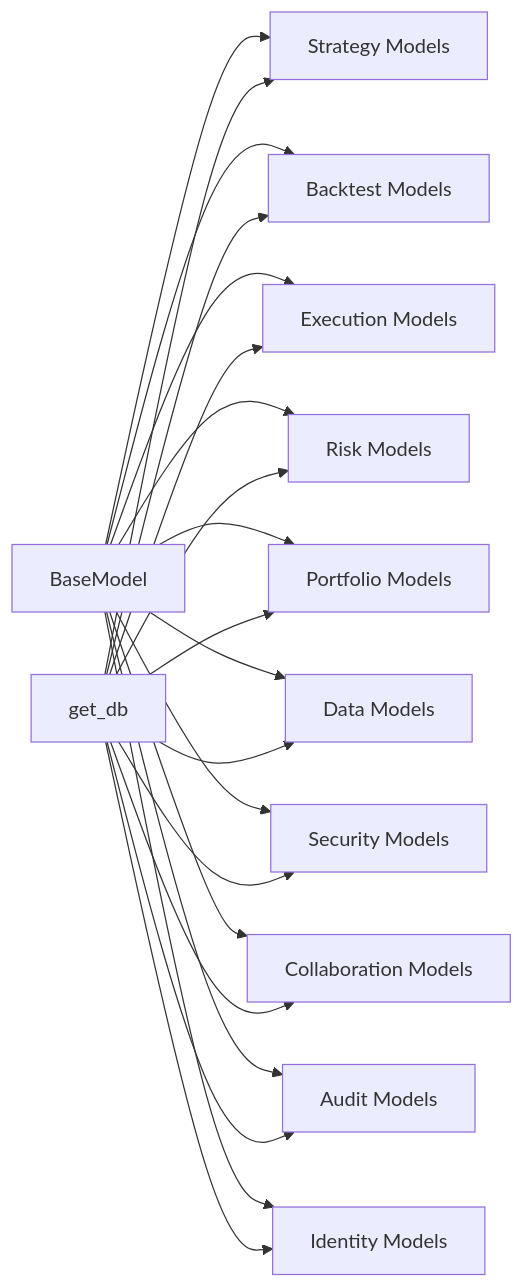
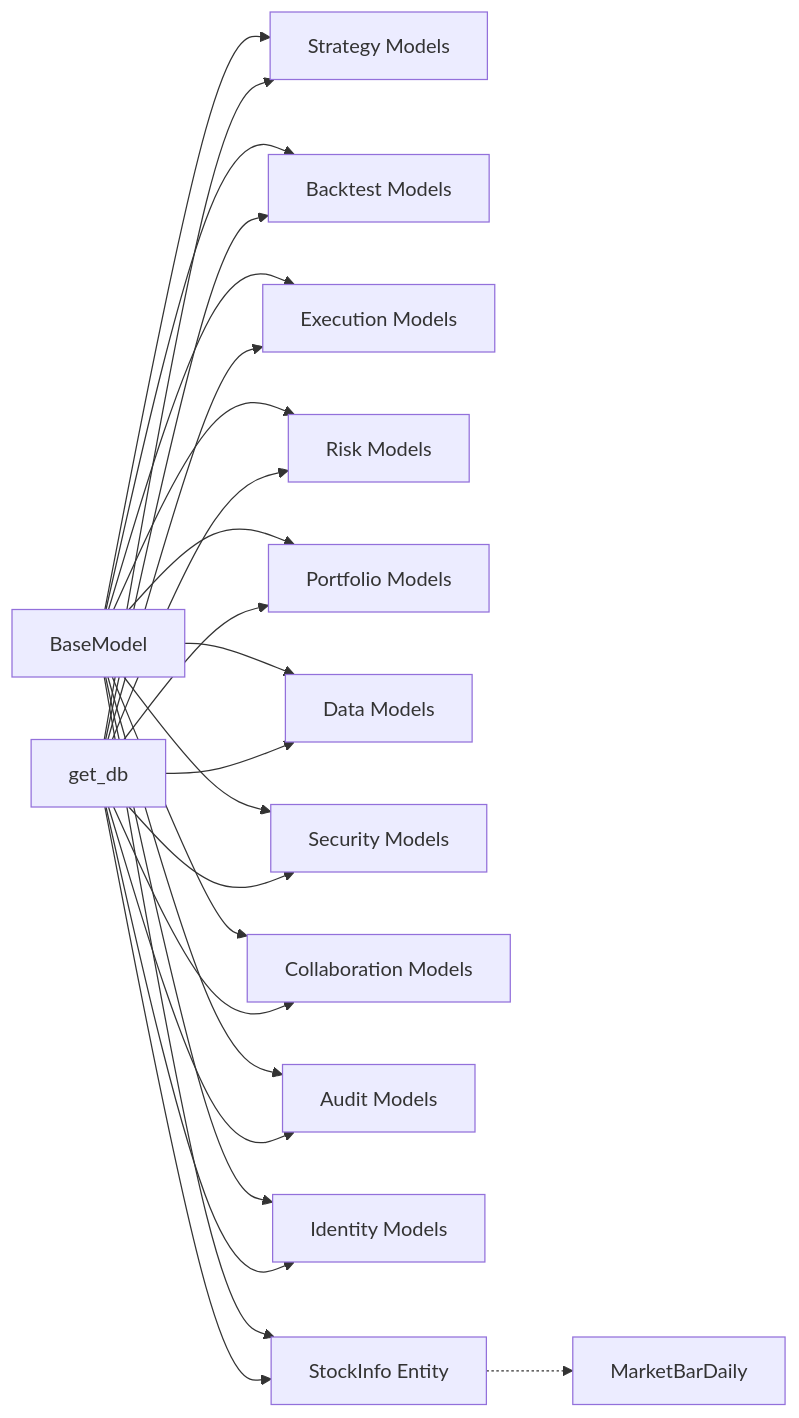
Before and after one commit to javelin-dot/llmine-quant: diagram 16 of 16 in .qoder/repowiki/zh/content/系统架构/数据架构.md, drawn with Mermaid. The commit also changed other lines of this file and 19 other files, not shown here.

````diff
--- a/.qoder/repowiki/zh/content/系统架构/数据架构.md
+++ b/.qoder/repowiki/zh/content/系统架构/数据架构.md
@@ -1041,23 +1148,26 @@
 ```mermaid
 graph LR
 BASECLS["BaseModel"] --> STRAT["Strategy Models"]
 BASECLS --> BT["Backtest Models"]
 BASECLS --> EXEC["Execution Models"]
 BASECLS --> RISK["Risk Models"]
 BASECLS --> PORT["Portfolio Models"]
 BASECLS --> DATA["Data Models"]
 BASECLS --> SEC["Security Models"]
 BASECLS --> COL["Collaboration Models"]
 BASECLS --> AUD["Audit Models"]
 BASECLS --> ID["Identity Models"]
+BASECLS --> STOCKINFO["StockInfo Entity"]
 SESSION["get_db"] --> STRAT
 SESSION --> BT
 SESSION --> EXEC
 SESSION --> RISK
 SESSION --> PORT
 SESSION --> DATA
 SESSION --> SEC
 SESSION --> COL
 SESSION --> AUD
 SESSION --> ID
+SESSION --> STOCKINFO
+STOCKINFO -.-> MARKETBARDAILY["MarketBarDaily"]
 ```
````
